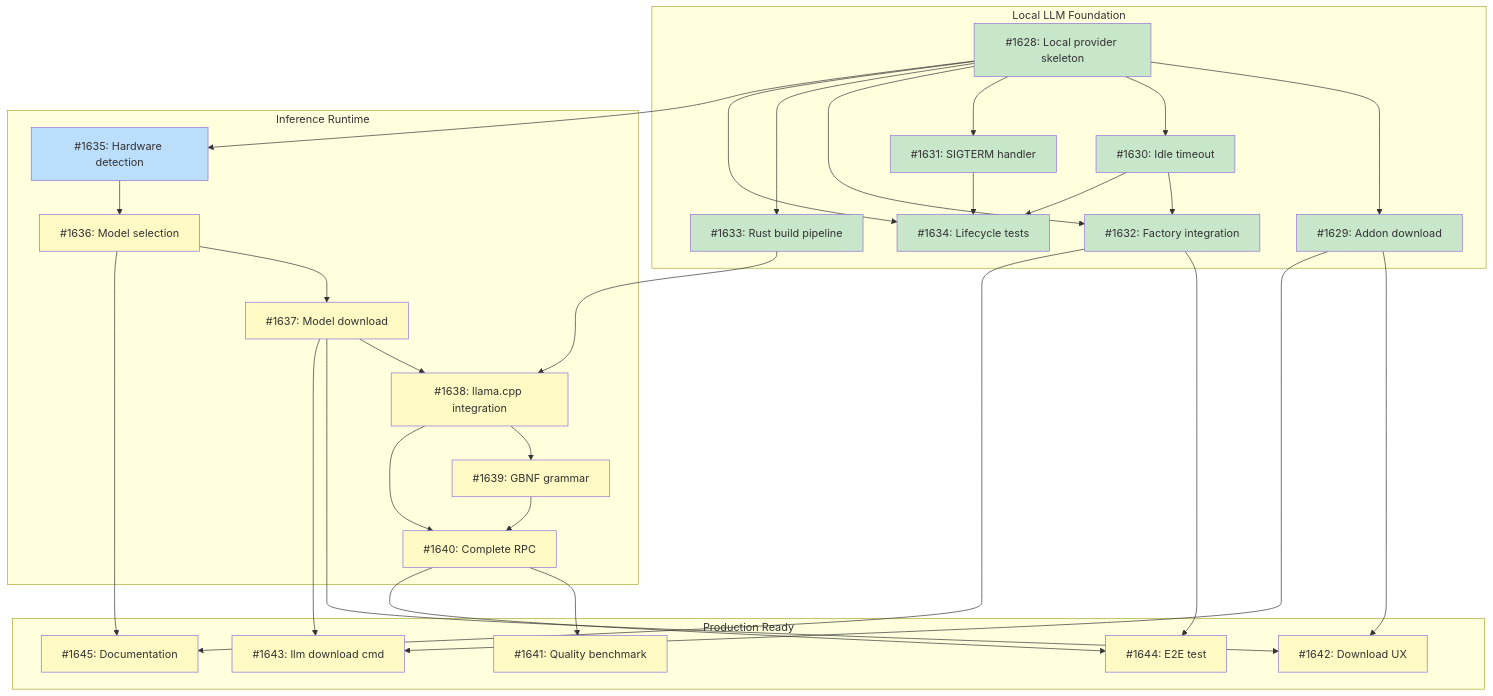
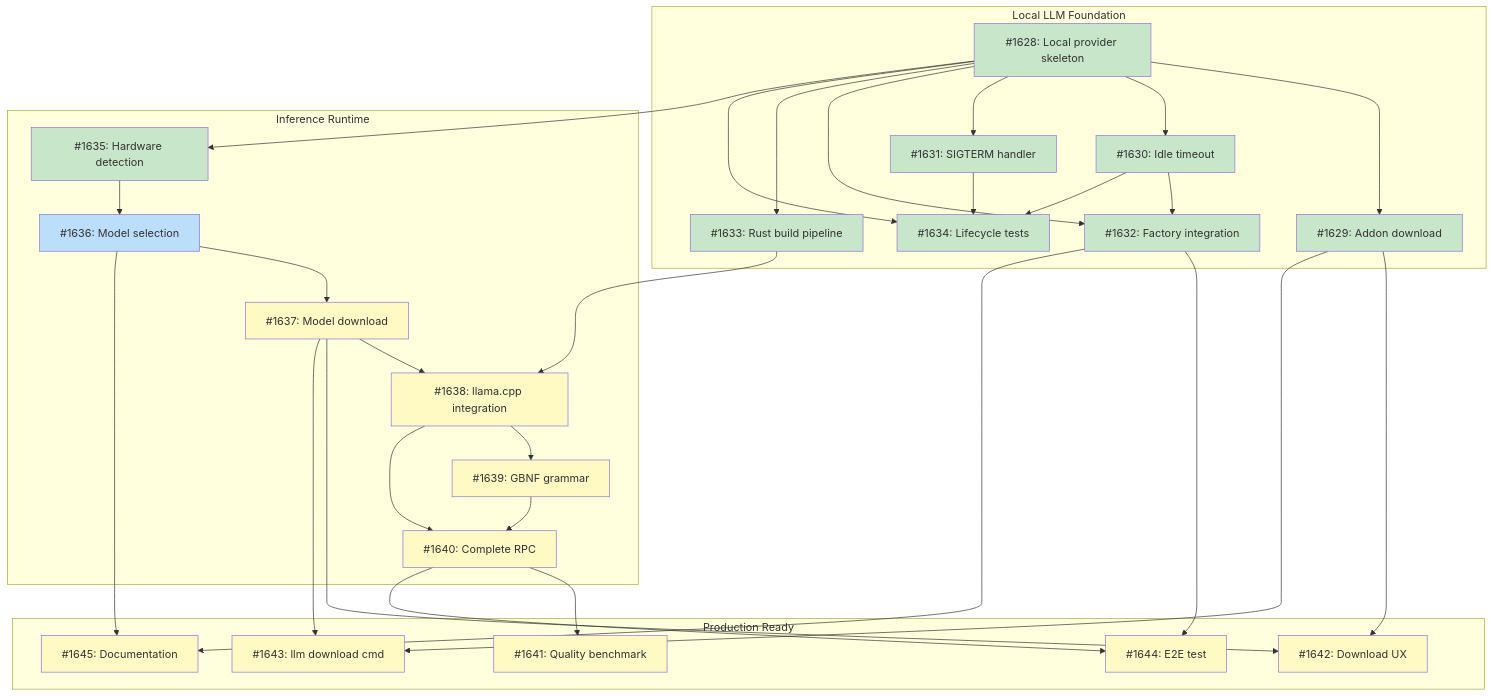
The diagram in docs/designs/DESIGN-local-llm-runtime.md (tsukumogami/tsuku), drawn with Mermaid before and after one commit. The commit also changed other lines of this file, not shown here.

Commit message:
docs: mark #1635 done in design doc diagram

````diff
--- a/docs/designs/DESIGN-local-llm-runtime.md
+++ b/docs/designs/DESIGN-local-llm-runtime.md
@@ -74,65 +74,65 @@
 ```mermaid
 graph TD
     subgraph M1["Local LLM Foundation"]
         I1628["#1628: Local provider skeleton"]
         I1629["#1629: Addon download"]
         I1630["#1630: Idle timeout"]
         I1631["#1631: SIGTERM handler"]
         I1632["#1632: Factory integration"]
         I1633["#1633: Rust build pipeline"]
         I1634["#1634: Lifecycle tests"]
     end
 
     subgraph M2["Inference Runtime"]
         I1635["#1635: Hardware detection"]
         I1636["#1636: Model selection"]
         I1637["#1637: Model download"]
         I1638["#1638: llama.cpp integration"]
         I1639["#1639: GBNF grammar"]
         I1640["#1640: Complete RPC"]
     end
 
     subgraph M3["Production Ready"]
         I1641["#1641: Quality benchmark"]
         I1642["#1642: Download UX"]
         I1643["#1643: llm download cmd"]
         I1644["#1644: E2E test"]
         I1645["#1645: Documentation"]
     end
 
     I1628 --> I1629
     I1628 --> I1630
     I1628 --> I1631
     I1628 --> I1632
     I1630 --> I1632
     I1628 --> I1633
     I1628 --> I1634
     I1630 --> I1634
     I1631 --> I1634
     I1628 --> I1635
     I1635 --> I1636
     I1636 --> I1637
     I1633 --> I1638
     I1637 --> I1638
     I1638 --> I1639
     I1638 --> I1640
     I1639 --> I1640
     I1640 --> I1641
     I1629 --> I1642
     I1637 --> I1642
     I1629 --> I1643
     I1637 --> I1643
     I1640 --> I1644
     I1632 --> I1644
     I1632 --> I1645
     I1636 --> I1645
 
     classDef done fill:#c8e6c9
     classDef ready fill:#bbdefb
     classDef blocked fill:#fff9c4
     classDef needsDesign fill:#e1bee7
 
-    class I1628,I1629,I1630,I1631,I1632,I1633,I1634 done
-    class I1635 ready
-    class I1636,I1637,I1638,I1639,I1640,I1641,I1642,I1643,I1644,I1645 blocked
+    class I1628,I1629,I1630,I1631,I1632,I1633,I1634,I1635 done
+    class I1636 ready
+    class I1637,I1638,I1639,I1640,I1641,I1642,I1643,I1644,I1645 blocked
 ```
````
